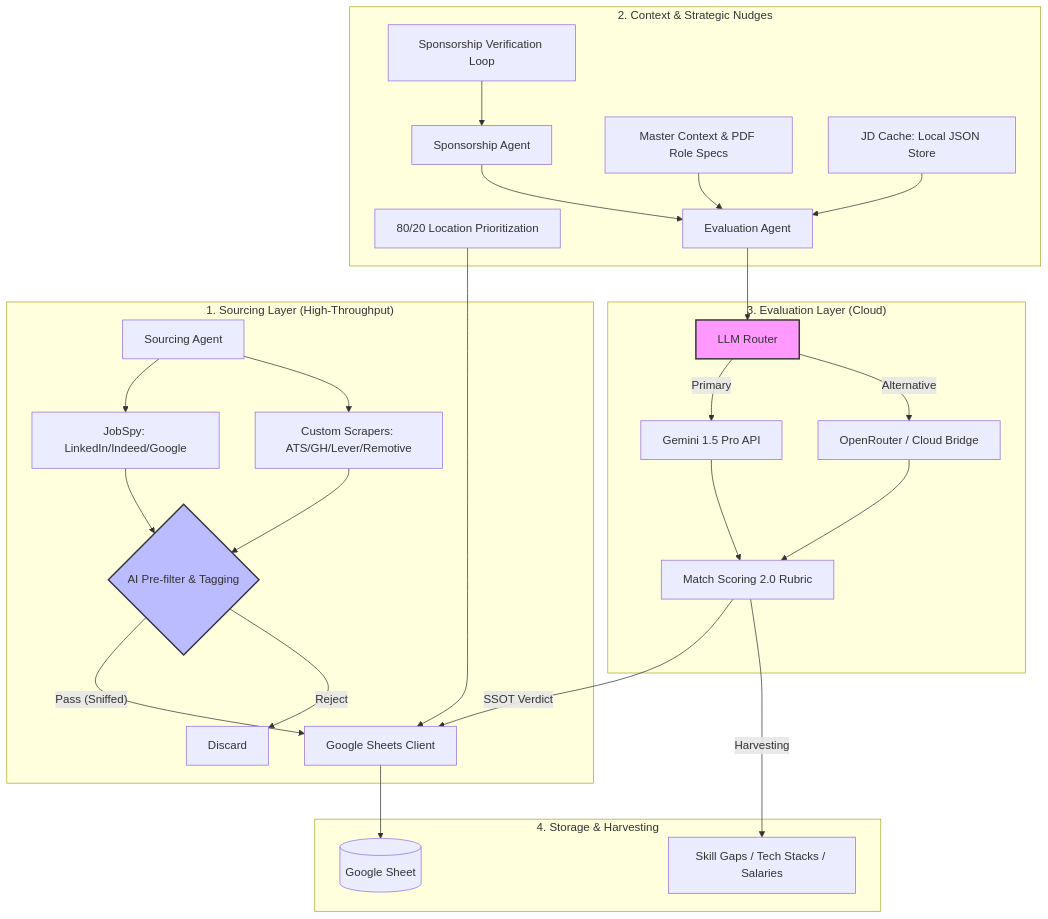
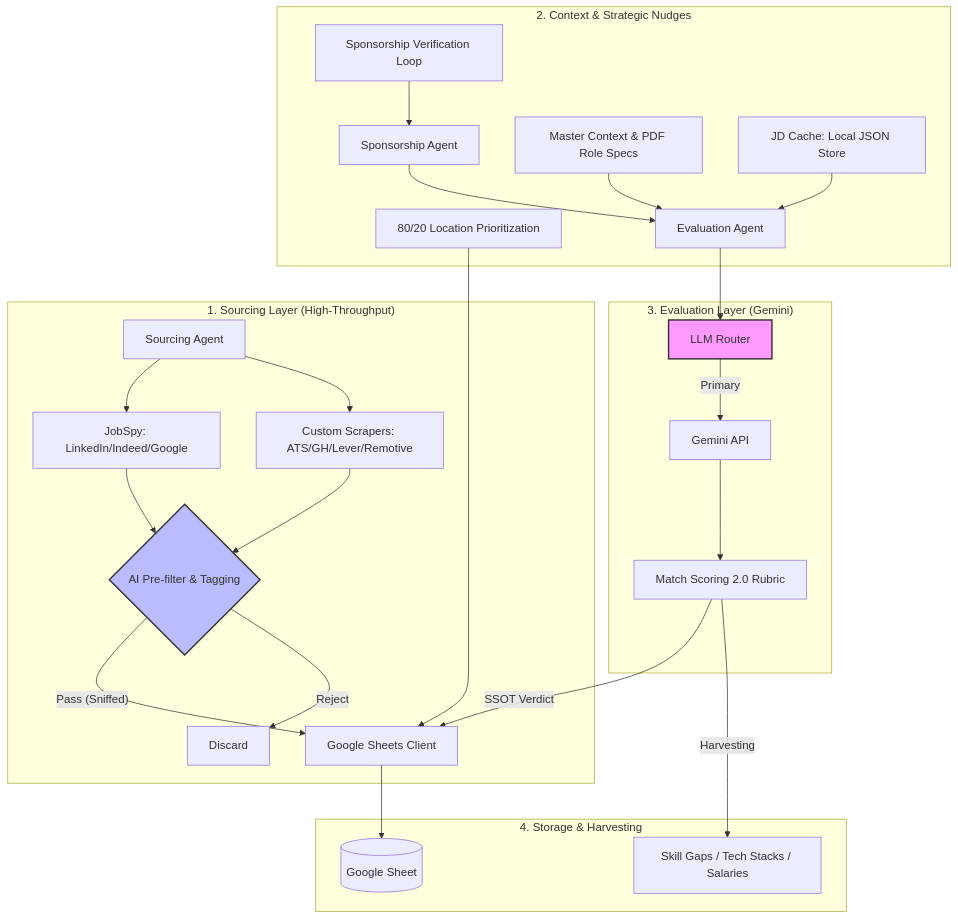
One commit to nagarajaabhishek/jobs changed the diagram in README.md. Above: the diagram before and after it, drawn with Mermaid. The commit also changed other lines of this file and 2 other files, not shown here.

Commit message:
docs: add self-documenting architecture diagram and generator

````diff
--- a/README.md
+++ b/README.md
@@ -6,34 +6,33 @@
 ```mermaid
 graph TD
     subgraph Sourcing ["1. Sourcing Layer (High-Throughput)"]
         A[Sourcing Agent] --> B[JobSpy: LinkedIn/Indeed/Google]
         A --> C[Custom Scrapers: ATS/GH/Lever/Remotive]
         B & C --> D{AI Pre-filter & Tagging}
         D -- "Pass (Sniffed)" --> E[Google Sheets Client]
         D -- Reject --> F[Discard]
     end
 
     subgraph Intelligence ["2. Context & Strategic Nudges"]
         H[80/20 Location Prioritization] --> E
         I[Sponsorship Verification Loop] --> J
         K[Master Context & PDF Role Specs] --> G
         L[JD Cache: Local JSON Store] --> G
     end
 
-    subgraph Logic ["3. Evaluation Layer (Cloud)"]
+    subgraph Logic ["3. Evaluation Layer (Gemini)"]
         G[Evaluation Agent] --> M[LLM Router]
-        M -- Primary --> N[Gemini 1.5 Pro API]
-        M -- Alternative --> O[OpenRouter / Cloud Bridge]
-        N & O --> Q[Match Scoring 2.0 Rubric]
+        M -- Primary --> N[Gemini API]
+        N --> Q[Match Scoring 2.0 Rubric]
         J[Sponsorship Agent] --> G
     end
 
     subgraph Data ["4. Storage & Harvesting"]
         E --> R[(Google Sheet)]
         Q -- SSOT Verdict --> E
         Q -- Harvesting --> S[Skill Gaps / Tech Stacks / Salaries]
     end
 
     style M fill:#f9f,stroke:#333,stroke-width:2px
     style D fill:#bbf,stroke:#333,stroke-width:2px
 ```
````
